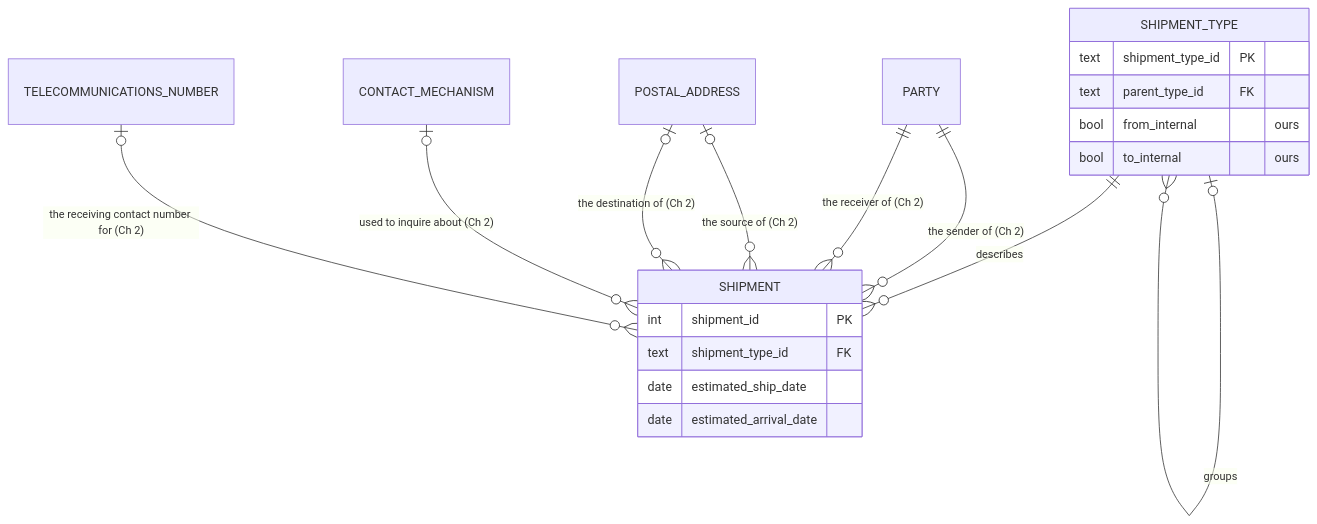
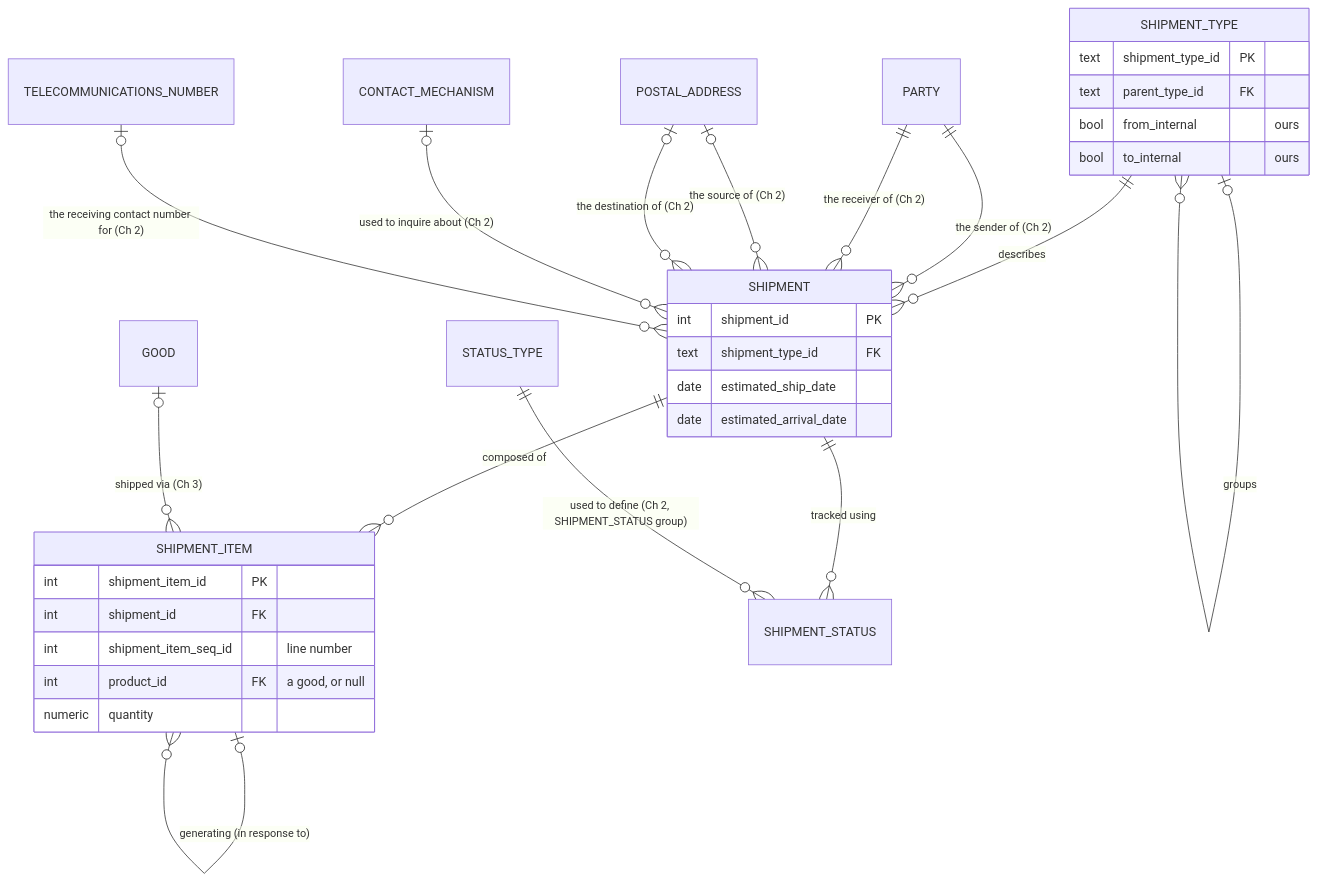
One commit to mauricioaznar/data-modelling-patterns changed the diagram in volumes/v1-all-enterprises/05-shipments/diagram.md. Above: the diagram before and after it, drawn with Mermaid. The commit also changed 5 other files, not shown here.

````diff
--- a/volumes/v1-all-enterprises/05-shipments/diagram.md
+++ b/volumes/v1-all-enterprises/05-shipments/diagram.md
@@ -7,24 +7,38 @@
 ```mermaid
 erDiagram
   %% Fig 5.1 — Shipment definition
   SHIPMENT {
     int  shipment_id PK
     text shipment_type_id FK
     date estimated_ship_date
     date estimated_arrival_date
   }
   SHIPMENT_TYPE {
     text shipment_type_id PK
     text parent_type_id FK
     bool from_internal "ours"
     bool to_internal "ours"
   }
   SHIPMENT_TYPE             ||--o{ SHIPMENT          : "describes"
   SHIPMENT_TYPE             |o--o{ SHIPMENT_TYPE     : "groups"
   PARTY                     ||--o{ SHIPMENT          : "the sender of (Ch 2)"
   PARTY                     ||--o{ SHIPMENT          : "the receiver of (Ch 2)"
   POSTAL_ADDRESS            |o--o{ SHIPMENT          : "the source of (Ch 2)"
   POSTAL_ADDRESS            |o--o{ SHIPMENT          : "the destination of (Ch 2)"
   CONTACT_MECHANISM         |o--o{ SHIPMENT          : "used to inquire about (Ch 2)"
   TELECOMMUNICATIONS_NUMBER |o--o{ SHIPMENT          : "the receiving contact number for (Ch 2)"
+
+  %% Fig 5.2 — Shipping detail
+  SHIPMENT_ITEM {
+    int     shipment_item_id PK
+    int     shipment_id FK
+    int     shipment_item_seq_id "line number"
+    int     product_id FK "a good, or null"
+    numeric quantity
+  }
+  SHIPMENT                  ||--o{ SHIPMENT_ITEM     : "composed of"
+  GOOD                      |o--o{ SHIPMENT_ITEM     : "shipped via (Ch 3)"
+  SHIPMENT_ITEM             |o--o{ SHIPMENT_ITEM     : "generating (in response to)"
+  SHIPMENT                  ||--o{ SHIPMENT_STATUS   : "tracked using"
+  STATUS_TYPE               ||--o{ SHIPMENT_STATUS   : "used to define (Ch 2, SHIPMENT_STATUS group)"
 ```
````
